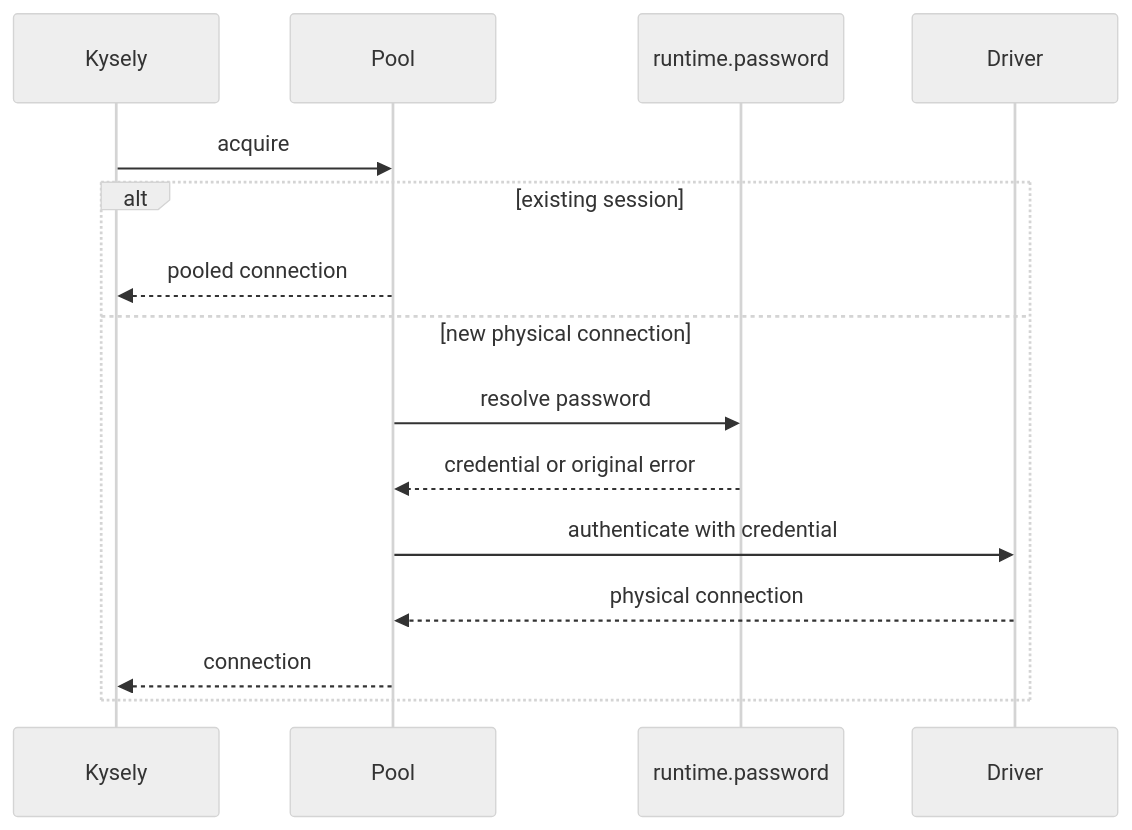
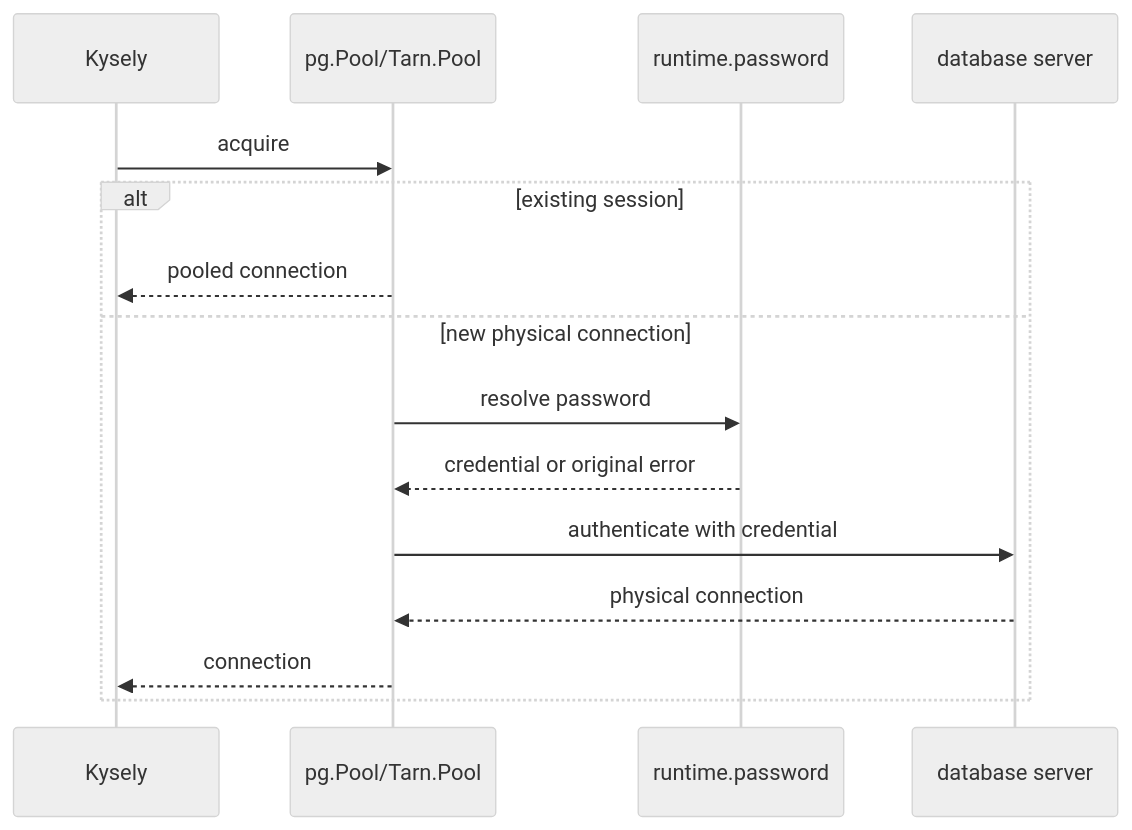
One commit to noormdev/noorm changed the second of 5 diagrams in docs/wiki/core-db.md. Above: the diagram before and after it, drawn with Mermaid (neutral theme). The commit also changed other lines of this file and 349 other files, not shown here.

````diff
--- a/docs/wiki/core-db.md
+++ b/docs/wiki/core-db.md
@@ -65,19 +75,19 @@
 ```mermaid
 sequenceDiagram
     %% source: src/core/connection/dialects/postgres.ts, src/core/connection/dialects/mysql.ts, src/core/connection/dialects/mssql.ts
     participant Query as Kysely
-    participant Pool
+    participant Pool as pg.Pool/Tarn.Pool
     participant Password as runtime.password
-    participant Driver
+    participant Driver as database server
 
     Query->>Pool: acquire
     alt existing session
         Pool-->>Query: pooled connection
     else new physical connection
         Pool->>Password: resolve password
         Password-->>Pool: credential or original error
         Pool->>Driver: authenticate with credential
         Driver-->>Pool: physical connection
         Pool-->>Query: connection
     end
 ```
````
